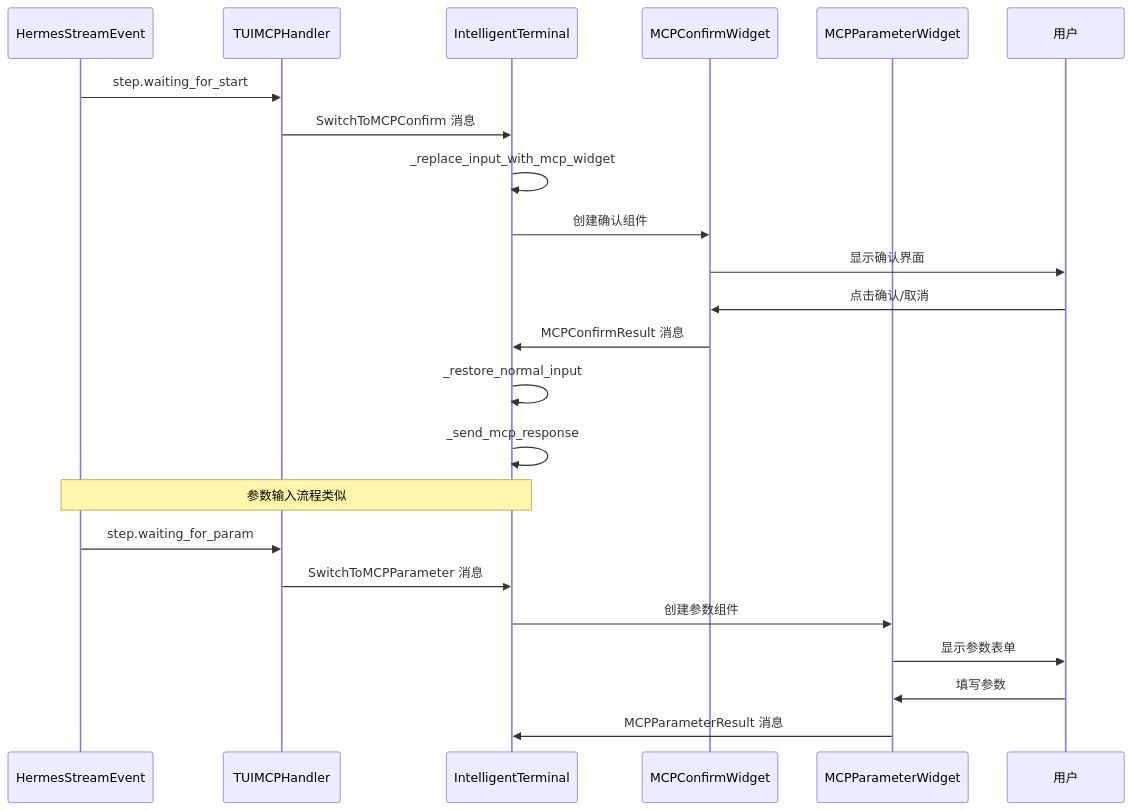
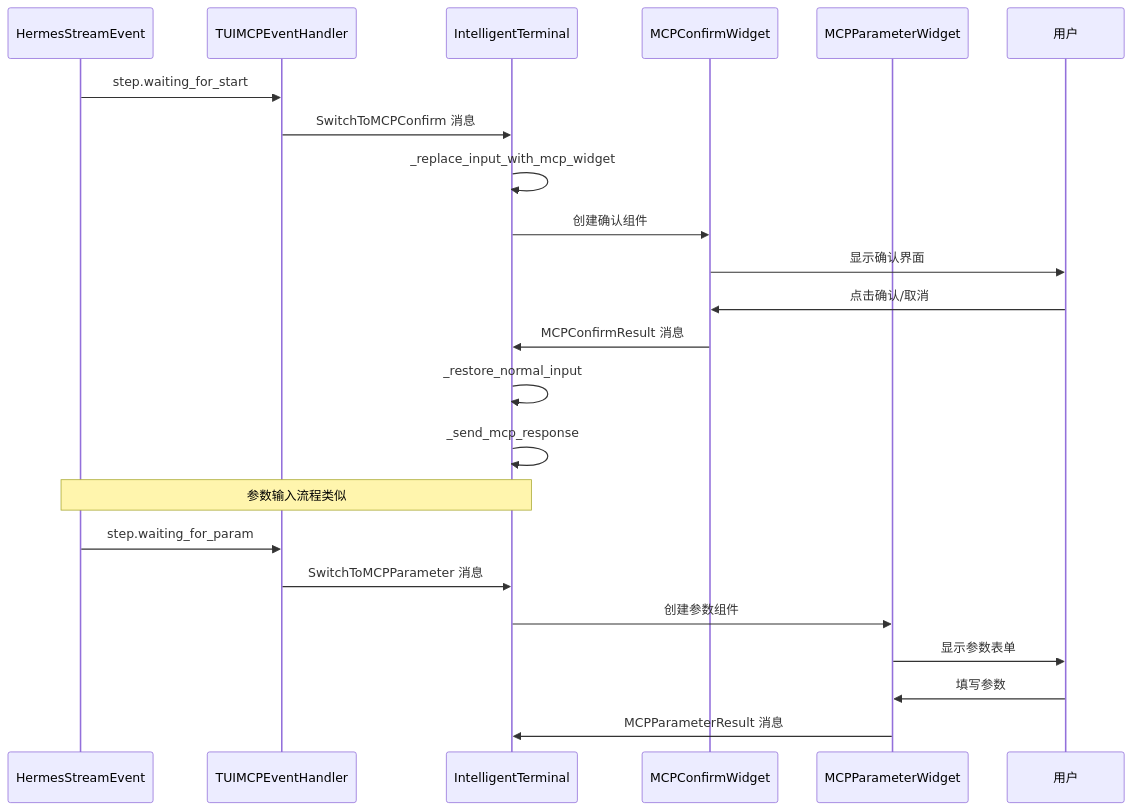
The third of 7 diagrams in docs/development/TUI应用模块设计.md (HongyuS/euler-copilot-shell), drawn with Mermaid before and after one commit. The commit also changed other lines of this file and 3 other files, not shown here.

````diff
--- a/docs/development/TUI应用模块设计.md
+++ b/docs/development/TUI应用模块设计.md
@@ -124,27 +128,27 @@
 ```mermaid
 sequenceDiagram
     participant S as HermesStreamEvent
-    participant H as TUIMCPHandler
+    participant H as TUIMCPEventHandler
     participant T as IntelligentTerminal
     participant C as MCPConfirmWidget
     participant P as MCPParameterWidget
     participant U as 用户
 
     S->>H: step.waiting_for_start
     H->>T: SwitchToMCPConfirm 消息
     T->>T: _replace_input_with_mcp_widget
     T->>C: 创建确认组件
     C->>U: 显示确认界面
     U->>C: 点击确认/取消
     C->>T: MCPConfirmResult 消息
     T->>T: _restore_normal_input
     T->>T: _send_mcp_response
     
     Note over S,T: 参数输入流程类似
     S->>H: step.waiting_for_param
     H->>T: SwitchToMCPParameter 消息
     T->>P: 创建参数组件
     P->>U: 显示参数表单
     U->>P: 填写参数
     P->>T: MCPParameterResult 消息
 ```
````
